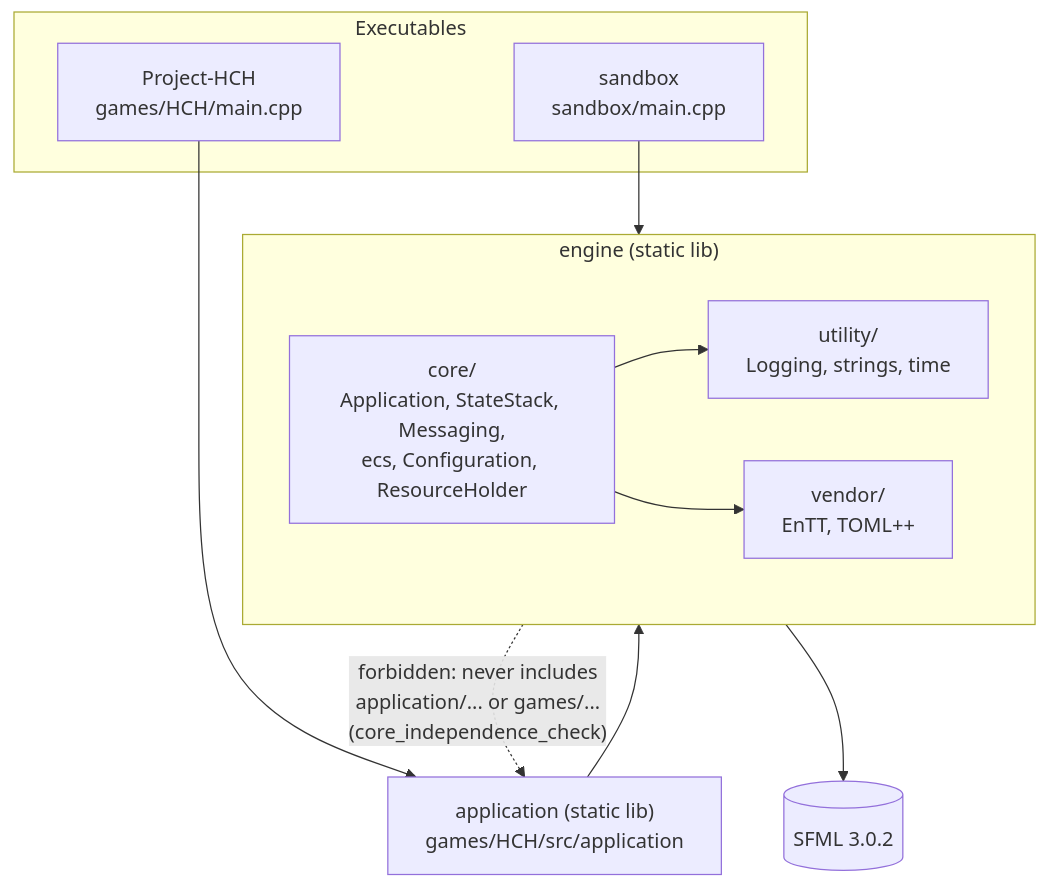
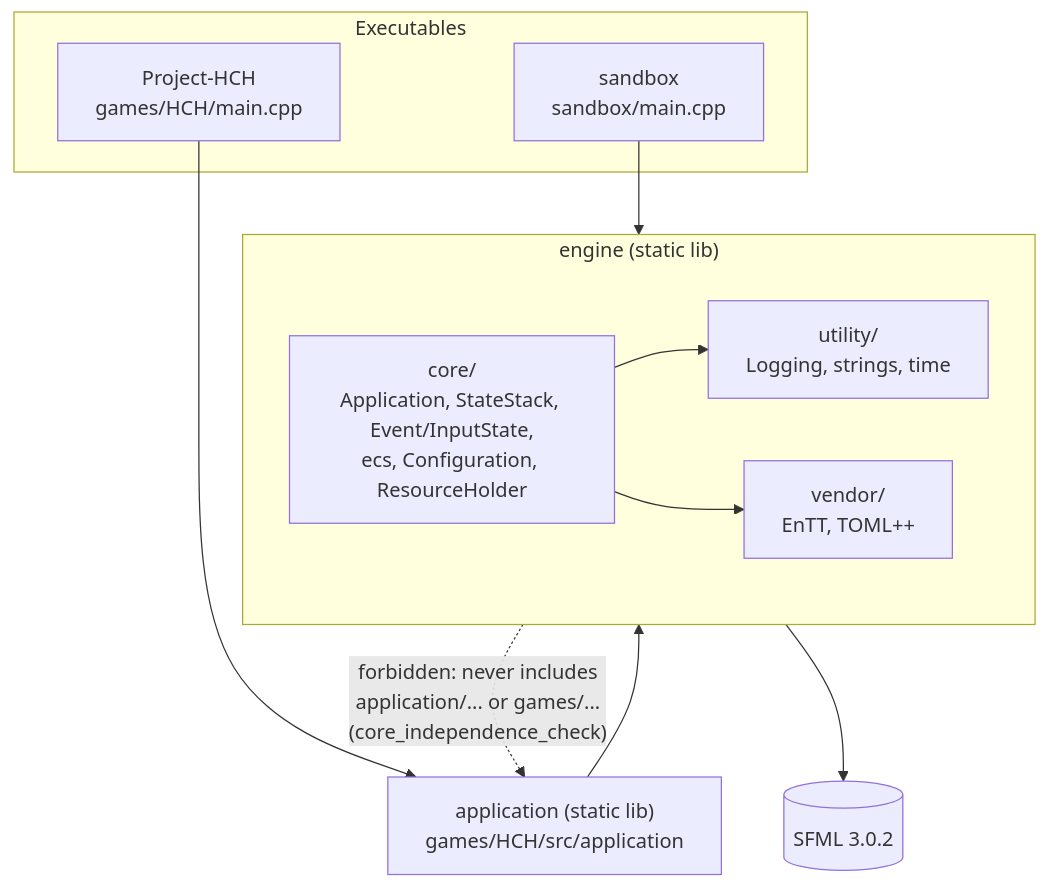
The first of 8 diagrams in ARCHITECTURE.md (H-Matthews/Project-HCH), drawn with Mermaid before and after one commit. The commit also changed other lines of this file and 40 other files, not shown here.

````diff
--- a/ARCHITECTURE.md
+++ b/ARCHITECTURE.md
@@ -83,26 +84,26 @@
 ```mermaid
 flowchart TB
     subgraph Executables
         HCH["Project-HCH<br/>games/HCH/main.cpp"]
         SBX["sandbox<br/>sandbox/main.cpp"]
     end
 
     APP["application (static lib)<br/>games/HCH/src/application"]
 
     subgraph ENG["engine (static lib)"]
-        CORE["core/<br/>Application, StateStack, Messaging,<br/>ecs, Configuration, ResourceHolder"]
+        CORE["core/<br/>Application, StateStack, Event/InputState,<br/>ecs, Configuration, ResourceHolder"]
         UTIL["utility/<br/>Logging, strings, time"]
         VEND["vendor/<br/>EnTT, TOML++"]
     end
 
     SFML[("SFML 3.0.2")]
 
     HCH --> APP
     SBX --> ENG
     APP --> ENG
     CORE --> UTIL
     CORE --> VEND
     ENG --> SFML
 
     ENG -.->|"forbidden: never includes<br/>application/... or games/...<br/>(core_independence_check)"| APP
 ```
````
